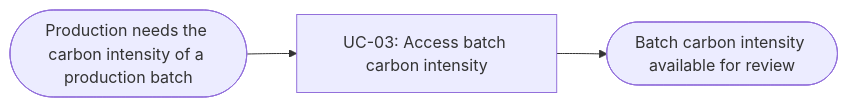
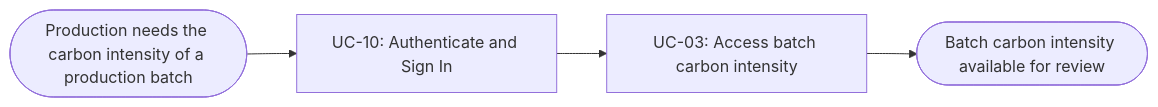
The sixth of 12 diagrams in docs/external-design/usage-flow.md (vankhanhnh-bag/HPDQ-CBAM-system), drawn with Mermaid before and after one commit. The commit also changed other lines of this file, not shown here.

Commit message:
usage-flow.md

````diff
--- a/docs/external-design/usage-flow.md
+++ b/docs/external-design/usage-flow.md
@@ -108,7 +100,8 @@
 ```mermaid
 flowchart LR
   A(["Production needs the carbon intensity of a production batch"])
-  U1["UC-03: Access batch carbon intensity"]
+  U1["UC-10: Authenticate and Sign In"]
+  U2["UC-03: Access batch carbon intensity"]
   Z(["Batch carbon intensity available for review"])
-  A --> U1 --> Z
+  A --> U1 --> U2 --> Z
 ```
````
